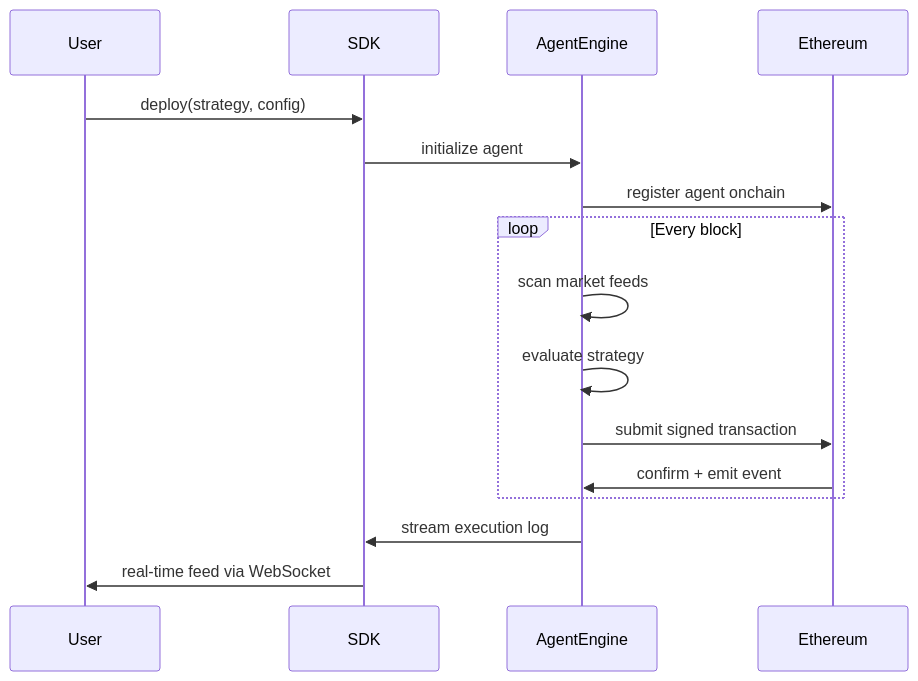
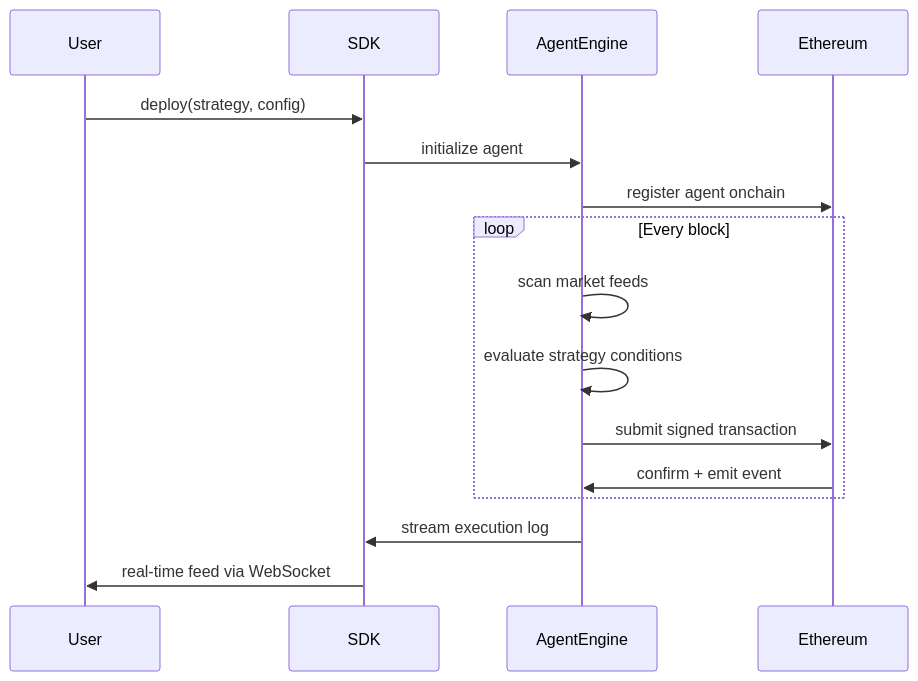
Before and after one commit to nxs-agents/nexus-protocol: the diagram in README.md, drawn with Mermaid. The commit also changed other lines of this file, not shown here.

````diff
--- a/README.md
+++ b/README.md
@@ -34,19 +40,21 @@
 ```mermaid
 sequenceDiagram
     participant User
     participant SDK
     participant AgentEngine
     participant Ethereum
 
     User->>SDK: deploy(strategy, config)
     SDK->>AgentEngine: initialize agent
     AgentEngine->>Ethereum: register agent onchain
+
     loop Every block
         AgentEngine->>AgentEngine: scan market feeds
-        AgentEngine->>AgentEngine: evaluate strategy
+        AgentEngine->>AgentEngine: evaluate strategy conditions
         AgentEngine->>Ethereum: submit signed transaction
         Ethereum->>AgentEngine: confirm + emit event
     end
+
     AgentEngine->>SDK: stream execution log
     SDK->>User: real-time feed via WebSocket
 ```
````
